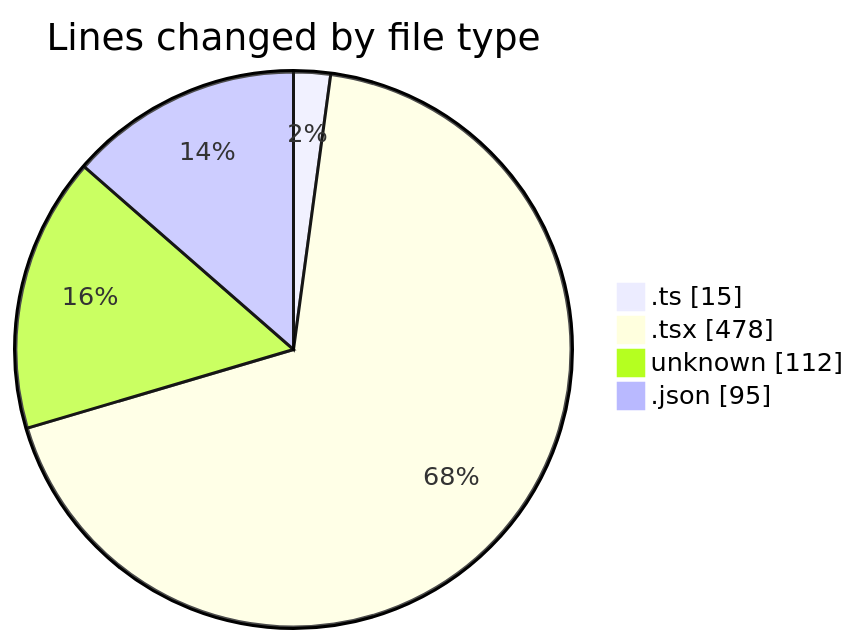
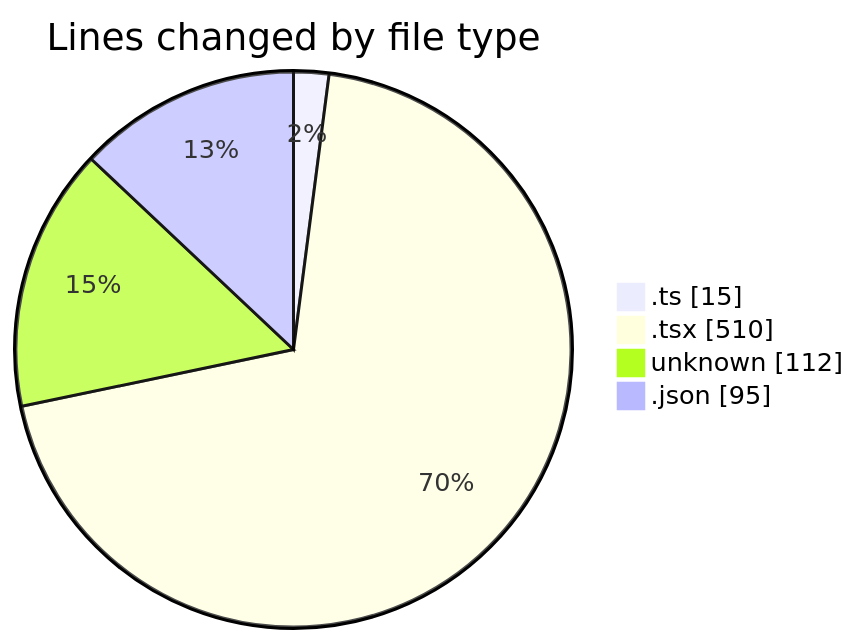
One commit to momahboobian/code-tracking changed the first of 2 diagrams in 2026-04-29/cda/README.md. Above: the diagram before and after it, drawn with Mermaid. The commit also changed other lines of this file and 1 other file, not shown here.

````diff
--- a/2026-04-29/cda/README.md
+++ b/2026-04-29/cda/README.md
@@ -28,8 +28,8 @@
 ```mermaid
 pie showData
 title Lines changed by file type
 ".ts" : 15
-".tsx" : 478
+".tsx" : 510
 "unknown" : 112
 ".json" : 95
 ```
````
